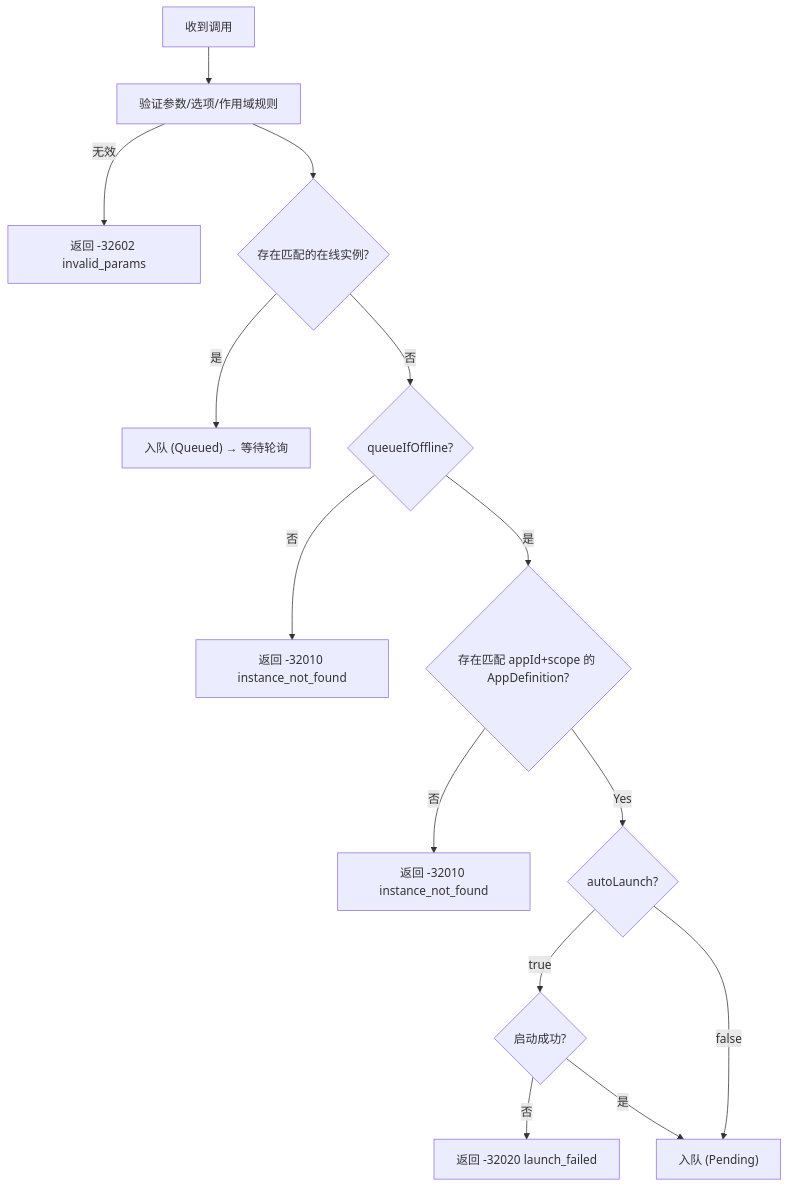
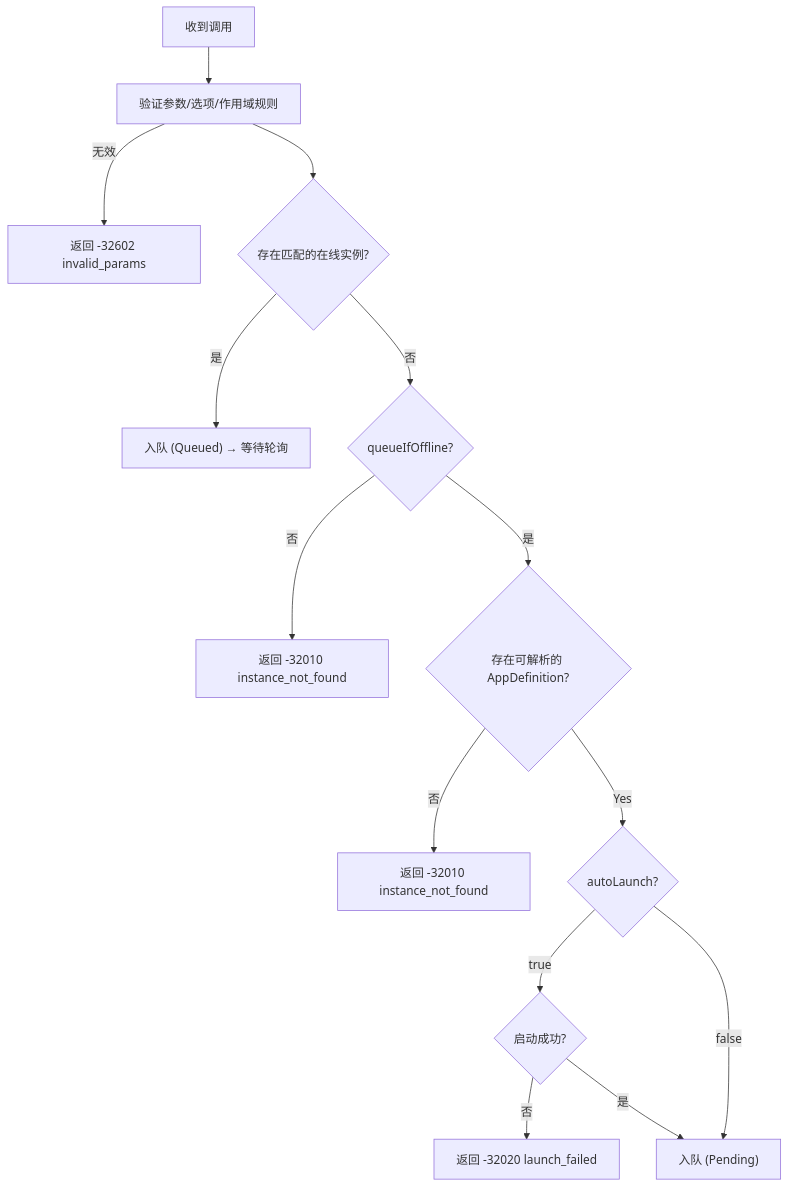
One commit to SolarianZ/DevHub changed the second of 3 diagrams in docs/specification/protocol/Specification.md. Above: the diagram before and after it, drawn with Mermaid. The commit also changed other lines of this file and 25 other files, not shown here.

````diff
--- a/docs/specification/protocol/Specification.md
+++ b/docs/specification/protocol/Specification.md
@@ -1057,16 +1084,16 @@
 ```mermaid
 flowchart TD
     A[收到调用] --> B[验证参数/选项/作用域规则]
     B -->|无效| X[返回 -32602 invalid_params]
     B --> E{存在匹配的在线实例?}
     E -->|是| F["入队 (Queued) → 等待轮询"]
     E -->|否| G{queueIfOffline?}
     G -->|否| H[返回 -32010 instance_not_found]
-    G -->|是| CheckDef{存在匹配 appId+scope 的 AppDefinition?}
+    G -->|是| CheckDef{存在可解析的 AppDefinition?}
     CheckDef -->|否| H2[返回 -32010 instance_not_found]
     CheckDef -->|Yes| I{autoLaunch?}
     I -->|true| L{启动成功?}
     L -->|否| M[返回 -32020 launch_failed]
     L -->|是| N["入队 (Pending)"]
     I -->|false| N["入队 (Pending)"]
 ```
````
